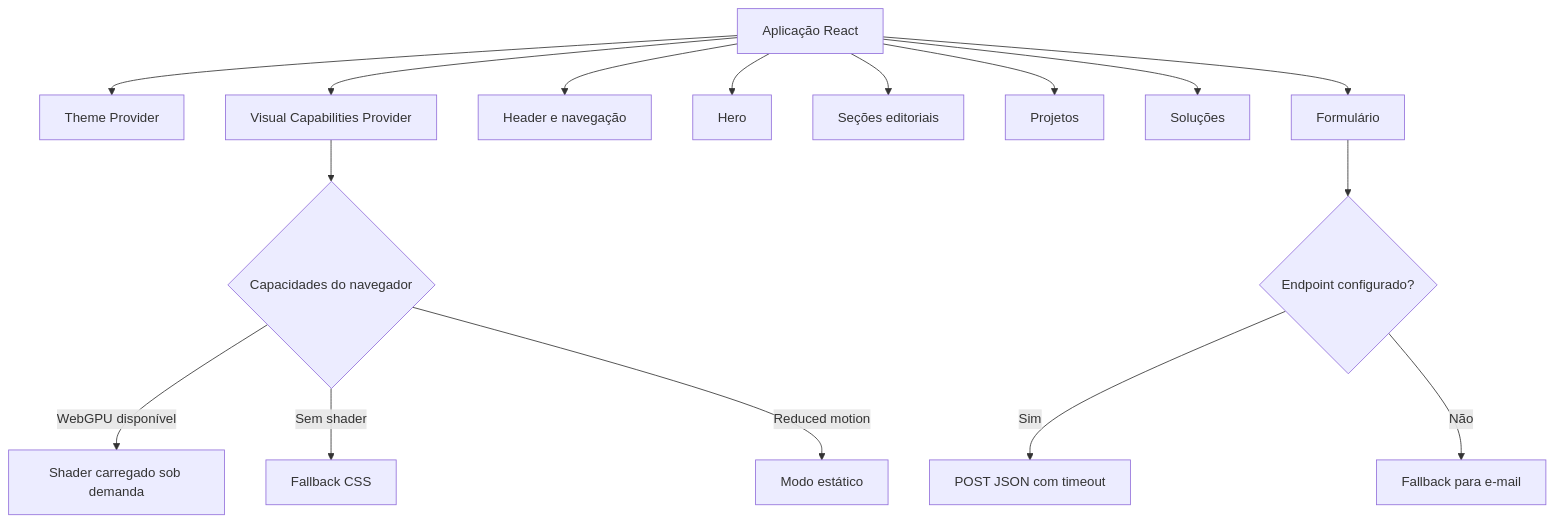
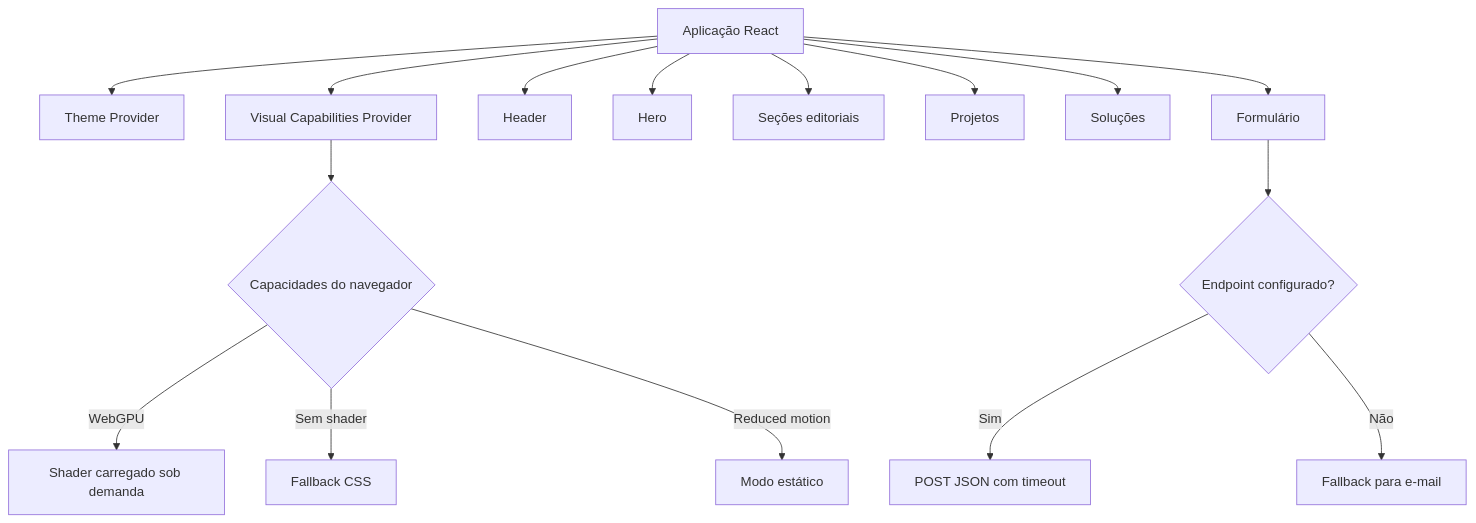
One commit to g4brielbr4sil/barthy-web-studio-v2 changed the diagram in README.md. Above: the diagram before and after it, drawn with Mermaid. The commit also changed other lines of this file, not shown here.

````diff
--- a/README.md
+++ b/README.md
@@ -154,21 +132,21 @@
 ```mermaid
 flowchart TD
     APP[Aplicação React] --> THEME[Theme Provider]
     APP --> VISUAL[Visual Capabilities Provider]
 
-    APP --> HEADER[Header e navegação]
+    APP --> HEADER[Header]
     APP --> HERO[Hero]
     APP --> CONTENT[Seções editoriais]
     APP --> PROJECTS[Projetos]
     APP --> SOLUTIONS[Soluções]
     APP --> CONTACT[Formulário]
 
     VISUAL --> CHECK{Capacidades do navegador}
-    CHECK -->|WebGPU disponível| SHADER[Shader carregado sob demanda]
+    CHECK -->|WebGPU| SHADER[Shader carregado sob demanda]
     CHECK -->|Sem shader| CSS[Fallback CSS]
     CHECK -->|Reduced motion| STATIC[Modo estático]
 
     CONTACT --> ENDPOINT{Endpoint configurado?}
     ENDPOINT -->|Sim| POST[POST JSON com timeout]
     ENDPOINT -->|Não| EMAIL[Fallback para e-mail]
 ```
````
